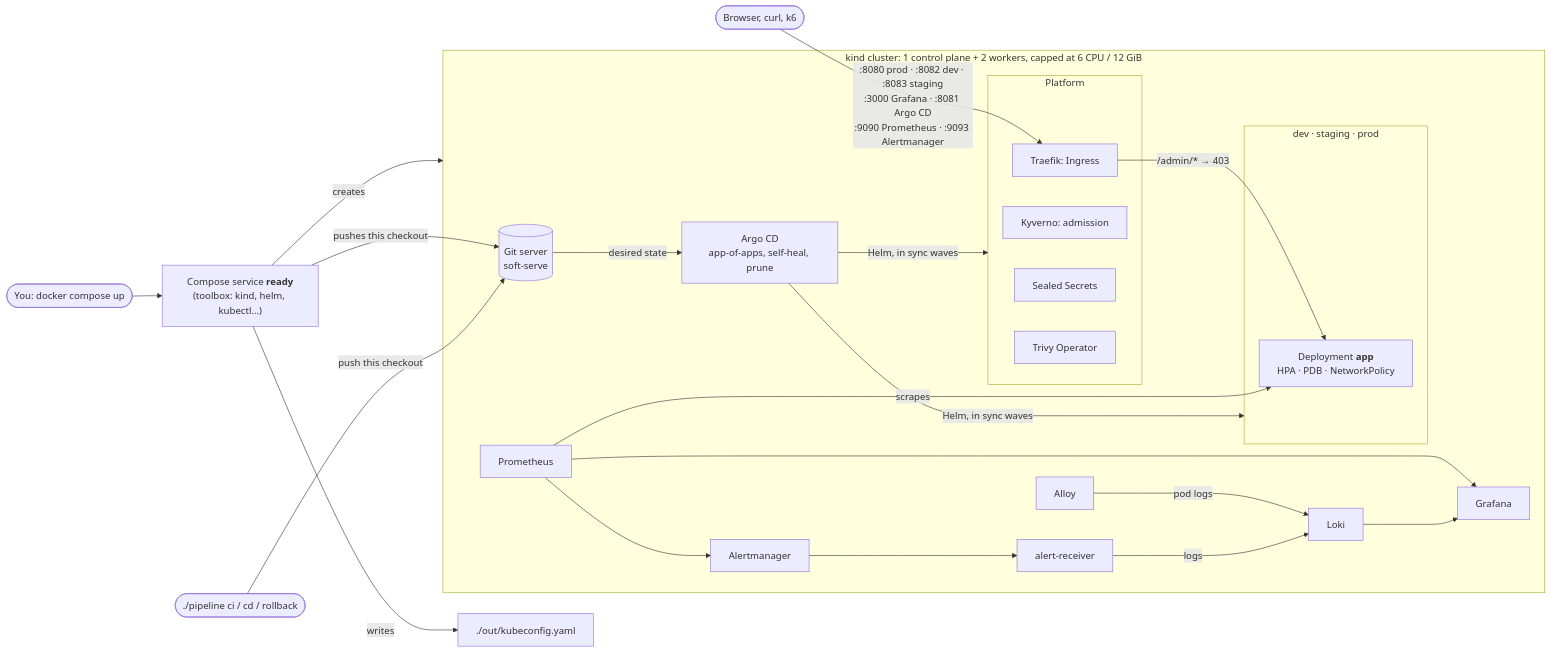
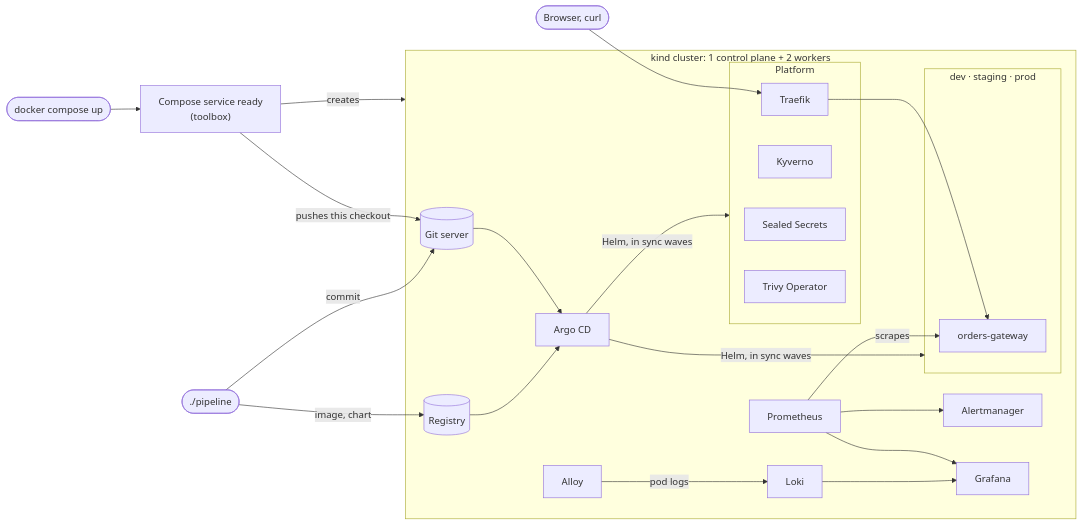
The diagram in README.md (iantest11111989/orders-gateway-platform), drawn with Mermaid before and after one commit. The commit also changed other lines of this file and 34 other files, not shown here.

````diff
--- a/README.md
+++ b/README.md
@@ -75,29 +86,30 @@
 ```mermaid
 flowchart LR
-  you([You: docker compose up]) --> ready["Compose service <b>ready</b><br/>(toolbox: kind, helm, kubectl…)"]
+  you([docker compose up]) --> ready["Compose service ready<br/>(toolbox)"]
   ready -->|creates| cluster
   ready -->|pushes this checkout| git
-  ready -->|writes| kc[./out/kubeconfig.yaml]
 
-  subgraph cluster [kind cluster: 1 control plane + 2 workers, capped at 6 CPU / 12 GiB]
-    git[(Git server<br/>soft-serve)] -->|desired state| argocd[Argo CD<br/>app-of-apps, self-heal, prune]
+  subgraph cluster [kind cluster: 1 control plane + 2 workers]
+    git[(Git server)] --> argocd[Argo CD]
+    reg[(Registry)] --> argocd
     argocd -->|Helm, in sync waves| platform & envs
     subgraph envs [dev · staging · prod]
-      app["Deployment <b>app</b><br/>HPA · PDB · NetworkPolicy"]
+      app[orders-gateway]
     end
     subgraph platform [Platform]
-      gw[Traefik: Ingress]
-      kyv[Kyverno: admission]
+      gw[Traefik]
+      kyv[Kyverno]
       ss[Sealed Secrets]
       trivy[Trivy Operator]
     end
-    gw -->|"/admin/* → 403"| app
+    gw --> app
     prom[Prometheus] -->|scrapes| app
     alloy[Alloy] -->|pod logs| loki[Loki]
-    prom --> am[Alertmanager] --> recv[alert-receiver] -->|logs| loki
+    prom --> am[Alertmanager]
     prom & loki --> graf[Grafana]
   end
 
-  user([Browser, curl, k6]) -->|":8080 prod · :8082 dev · :8083 staging<br/>:3000 Grafana · :8081 Argo CD<br/>:9090 Prometheus · :9093 Alertmanager"| gw
-  dev([./pipeline ci / cd / rollback]) -->|"push this checkout"| git
+  user([Browser, curl]) --> gw
+  dev([./pipeline]) -->|image, chart| reg
+  dev -->|commit| git
 ```
````
